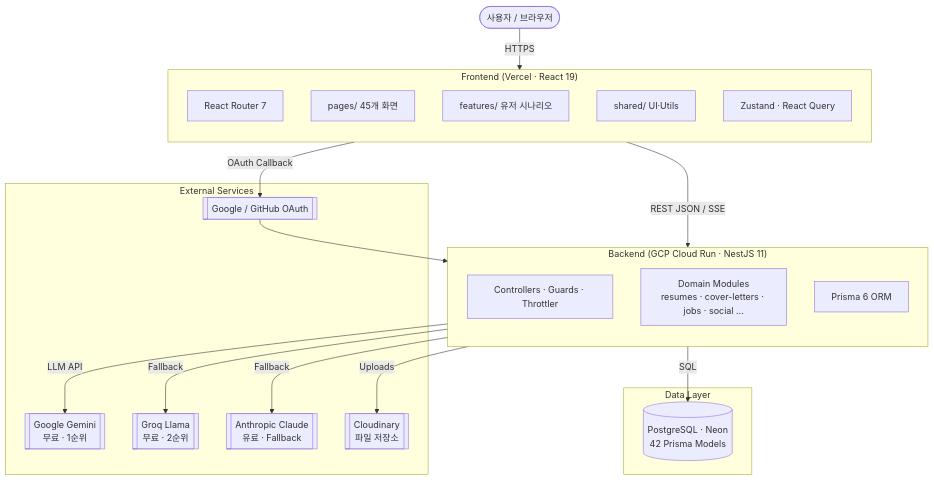
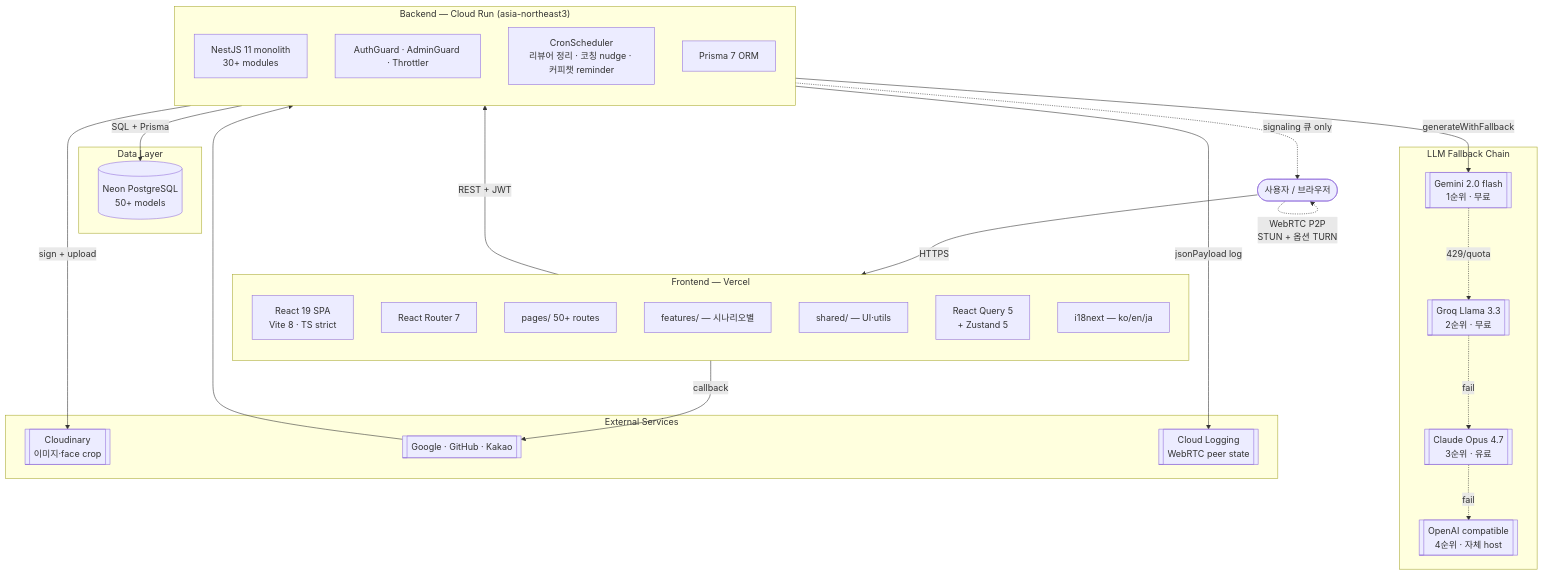
One commit to blue45f/resume changed the first of 2 diagrams in docs/ARCHITECTURE.md. Above: the diagram before and after it, drawn with Mermaid. The commit also changed other lines of this file, not shown here.

First line of the commit message:
docs(architecture): 2026-04-27 EOD 기준 종합 rewrite

````diff
--- a/docs/ARCHITECTURE.md
+++ b/docs/ARCHITECTURE.md
@@ -7,42 +9,55 @@
 ```mermaid
 flowchart TB
     User([사용자 / 브라우저])
 
-    subgraph Frontend["Frontend (Vercel · React 19)"]
+    subgraph Frontend["Frontend — Vercel"]
         direction TB
-        RRouter[React Router 7]
-        Pages[pages/ 45개 화면]
-        Features[features/ 유저 시나리오]
-        Shared[shared/ UI·Utils]
-        State[Zustand · React Query]
+        SPA[React 19 SPA<br/>Vite 8 · TS strict]
+        Router[React Router 7]
+        Pages[pages/ 50+ routes]
+        Features[features/ — 시나리오별]
+        Shared[shared/ — UI·utils]
+        QueryClient[React Query 5<br/>+ Zustand 5]
+        I18n[i18next — ko/en/ja]
     end
 
-    subgraph Backend["Backend (GCP Cloud Run · NestJS 11)"]
+    subgraph Backend["Backend — Cloud Run (asia-northeast3)"]
         direction TB
-        Gateway[Controllers · Guards · Throttler]
-        Domain[Domain Modules<br/>resumes · cover-letters · jobs · social ...]
-        Prisma[Prisma 6 ORM]
+        NestApp[NestJS 11 monolith<br/>30+ modules]
+        Guards[AuthGuard · AdminGuard · Throttler]
+        Cron[CronScheduler<br/>리뷰어 정리 · 코칭 nudge · 커피챗 reminder]
+        Prisma[Prisma 7 ORM]
     end
 
     subgraph Data["Data Layer"]
-        PG[(PostgreSQL · Neon<br/>42 Prisma Models)]
+        Neon[(Neon PostgreSQL<br/>50+ models)]
+    end
+
+    subgraph LLM["LLM Fallback Chain"]
+        Gemini[[Gemini 2.0 flash<br/>1순위 · 무료]]
+        Groq[[Groq Llama 3.3<br/>2순위 · 무료]]
+        Anthropic[[Claude Opus 4.7<br/>3순위 · 유료]]
+        OpenAI[[OpenAI compatible<br/>4순위 · 자체 host]]
     end
 
     subgraph External["External Services"]
-        Gemini[[Google Gemini<br/>무료 · 1순위]]
-        Groq[[Groq Llama<br/>무료 · 2순위]]
-        Claude[[Anthropic Claude<br/>유료 · Fallback]]
-        Cloud[[Cloudinary<br/>파일 저장소]]
-        OAuth[[Google / GitHub OAuth]]
+        Cloudinary[[Cloudinary<br/>이미지·face crop]]
+        OAuth[[Google · GitHub · Kakao]]
+        Telemetry[[Cloud Logging<br/>WebRTC peer state]]
     end
 
     User -->|HTTPS| Frontend
-    Frontend -->|REST JSON / SSE| Backend
-    Backend -->|SQL| PG
-    Backend -->|LLM API| Gemini
-    Backend -->|Fallback| Groq
-    Backend -->|Fallback| Claude
-    Backend -->|Uploads| Cloud
-    Frontend -->|OAuth Callback| OAuth
+    Frontend -->|REST + JWT| Backend
+    Backend -->|SQL + Prisma| Neon
+    Backend -->|generateWithFallback| Gemini
+    Gemini -.->|429/quota| Groq
+    Groq -.->|fail| Anthropic
+    Anthropic -.->|fail| OpenAI
+    Backend -->|sign + upload| Cloudinary
+    Frontend -->|callback| OAuth
     OAuth --> Backend
+    Backend -->|jsonPayload log| Telemetry
+
+    User -.->|WebRTC P2P<br/>STUN + 옵션 TURN| User
+    Backend -.->|signaling 큐 only| User
 ```
````
